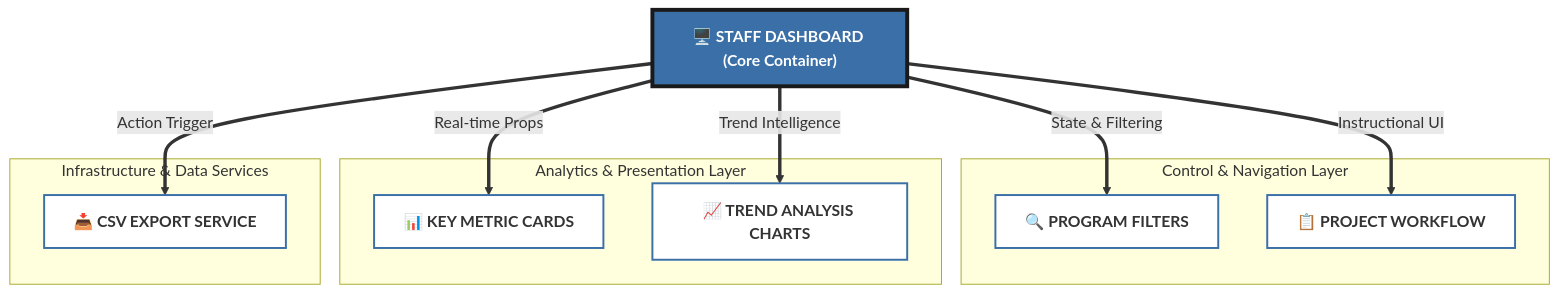
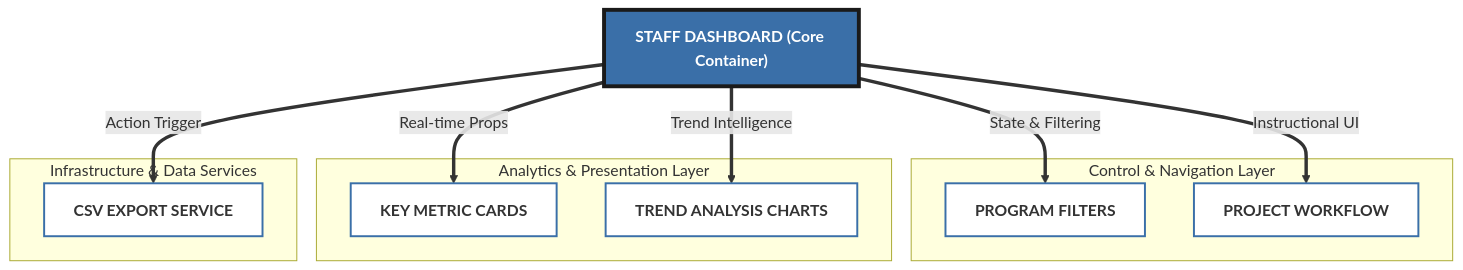
The diagram in README.md (sunkireddy-Barath/Programs-Events-Dashboard-System-Wide-Metrics-Data-Downloads), drawn with Mermaid before and after one commit. The commit also changed other lines of this file, not shown here.

````diff
--- a/README.md
+++ b/README.md
@@ -31,38 +31,38 @@
 ```mermaid
 graph TD
     %% Main Entry
-    Dashboard["🖥️ STAFF DASHBOARD (Core Container)"]
+    Dashboard[" STAFF DASHBOARD (Core Container)"]
     
     style Dashboard fill:#3a6fa8,stroke:#1a1a1a,stroke-width:4px,color:#fff,font-weight:bold
 
     %% User Interaction Subgraph
     subgraph "Control & Navigation Layer"
-        Filters["🔍 PROGRAM FILTERS"]
-        Workflow["📋 PROJECT WORKFLOW"]
+        Filters[" PROGRAM FILTERS"]
+        Workflow[" PROJECT WORKFLOW"]
     end
 
     %% Data Visualization Subgraph
     subgraph "Analytics & Presentation Layer"
-        Metrics["📊 KEY METRIC CARDS"]
-        Charts["📈 TREND ANALYSIS CHARTS"]
+        Metrics[" KEY METRIC CARDS"]
+        Charts[" TREND ANALYSIS CHARTS"]
     end
 
     %% Background Logic Subgraph
     subgraph "Infrastructure & Data Services"
-        Export["📥 CSV EXPORT SERVICE"]
+        Export[" CSV EXPORT SERVICE"]
     end
 
     %% Logic Connections
     Dashboard ==>|State & Filtering| Filters
     Dashboard ==>|Instructional UI| Workflow
     Dashboard ==>|Real-time Props| Metrics
     Dashboard ==>|Trend Intelligence| Charts
     Dashboard ==>|Action Trigger| Export
 
     %% Style Subgraphs
     style Filters fill:#fff,stroke:#3a6fa8,stroke-width:2px,font-weight:bold
     style Workflow fill:#fff,stroke:#3a6fa8,stroke-width:2px,font-weight:bold
     style Metrics fill:#fff,stroke:#3a6fa8,stroke-width:2px,font-weight:bold
     style Charts fill:#fff,stroke:#3a6fa8,stroke-width:2px,font-weight:bold
     style Export fill:#fff,stroke:#3a6fa8,stroke-width:2px,font-weight:bold
 ```
````
